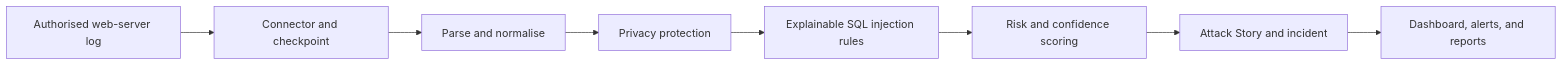
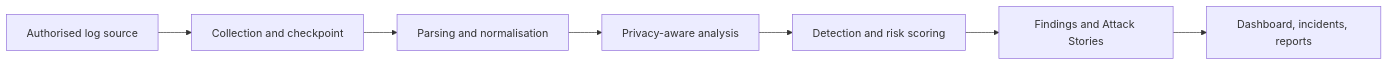
The diagram in README.md (vinceemmy/Logiqra), drawn with Mermaid before and after one commit. The commit also changed other lines of this file, not shown here.

````diff
--- a/README.md
+++ b/README.md
@@ -79,10 +66,9 @@
-```mermaid
+~~~mermaid
 flowchart LR
-    A["Authorised web-server log"] --> B["Connector and checkpoint"]
-    B --> C["Parse and normalise"]
-    C --> D["Privacy protection"]
-    D --> E["Explainable SQL injection rules"]
-    E --> F["Risk and confidence scoring"]
-    F --> G["Attack Story and incident"]
-    G --> H["Dashboard, alerts, and reports"]
-```
+    A["Authorised log source"] --> B["Collection and checkpoint"]
+    B --> C["Parsing and normalisation"]
+    C --> D["Privacy-aware analysis"]
+    D --> E["Detection and risk scoring"]
+    E --> F["Findings and Attack Stories"]
+    F --> G["Dashboard, incidents, reports"]
+~~~
````
